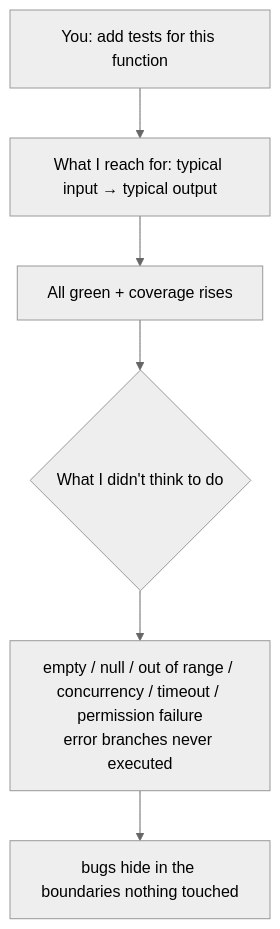
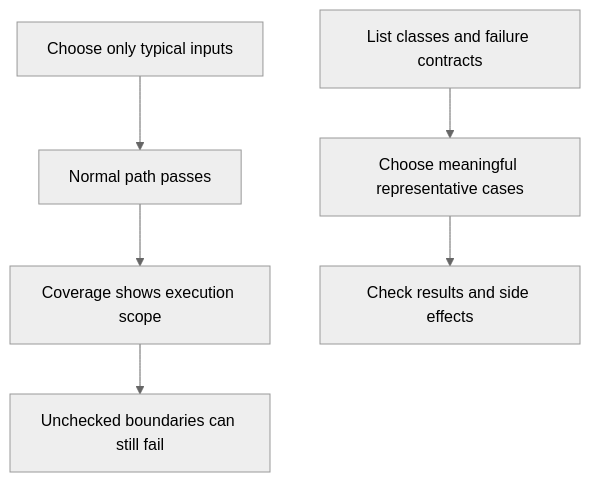
The diagram in i18n/en/docusaurus-plugin-content-docs/current/06-testing/happy-path-only.mdx (XuebinMa/AIWiki), drawn with Mermaid (neutral theme) before and after one commit. The commit also changed other lines of this file and 325 other files, not shown here.

````diff
--- a/i18n/en/docusaurus-plugin-content-docs/current/06-testing/happy-path-only.mdx
+++ b/i18n/en/docusaurus-plugin-content-docs/current/06-testing/happy-path-only.mdx
@@ -37,8 +37,8 @@
 ```mermaid
 flowchart TD
-    A[You: add tests for this function] --> B[What I reach for: typical input → typical output]
-    B --> C[All green + coverage rises]
-    C --> D{What I didn't think to do}
-    D --> E["empty / null / out of range / concurrency / timeout / permission failure<br/>error branches never executed"]
-    E --> F[bugs hide in the boundaries nothing touched]
+    A[Choose only typical inputs] --> B[Normal path passes]
+    B --> C[Coverage shows execution scope]
+    C --> D[Unchecked boundaries can still fail]
+    E[List classes and failure contracts] --> F[Choose meaningful representative cases]
+    F --> G[Check results and side effects]
 ```
````
